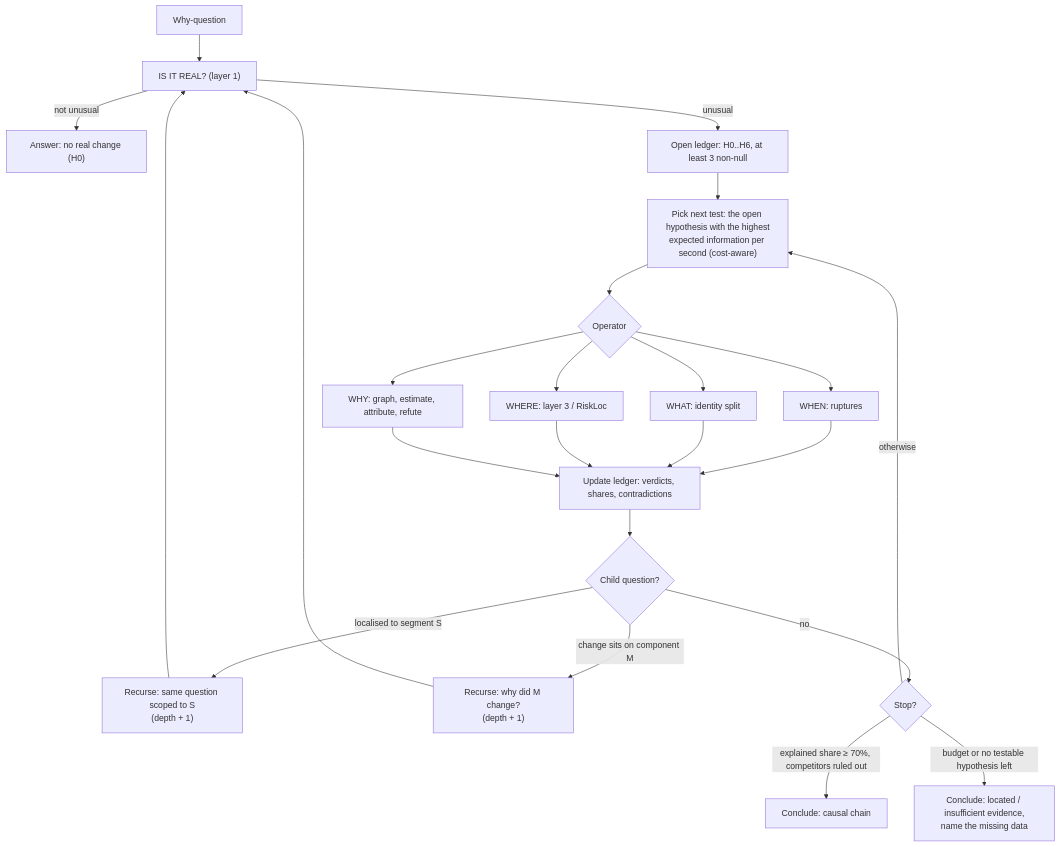
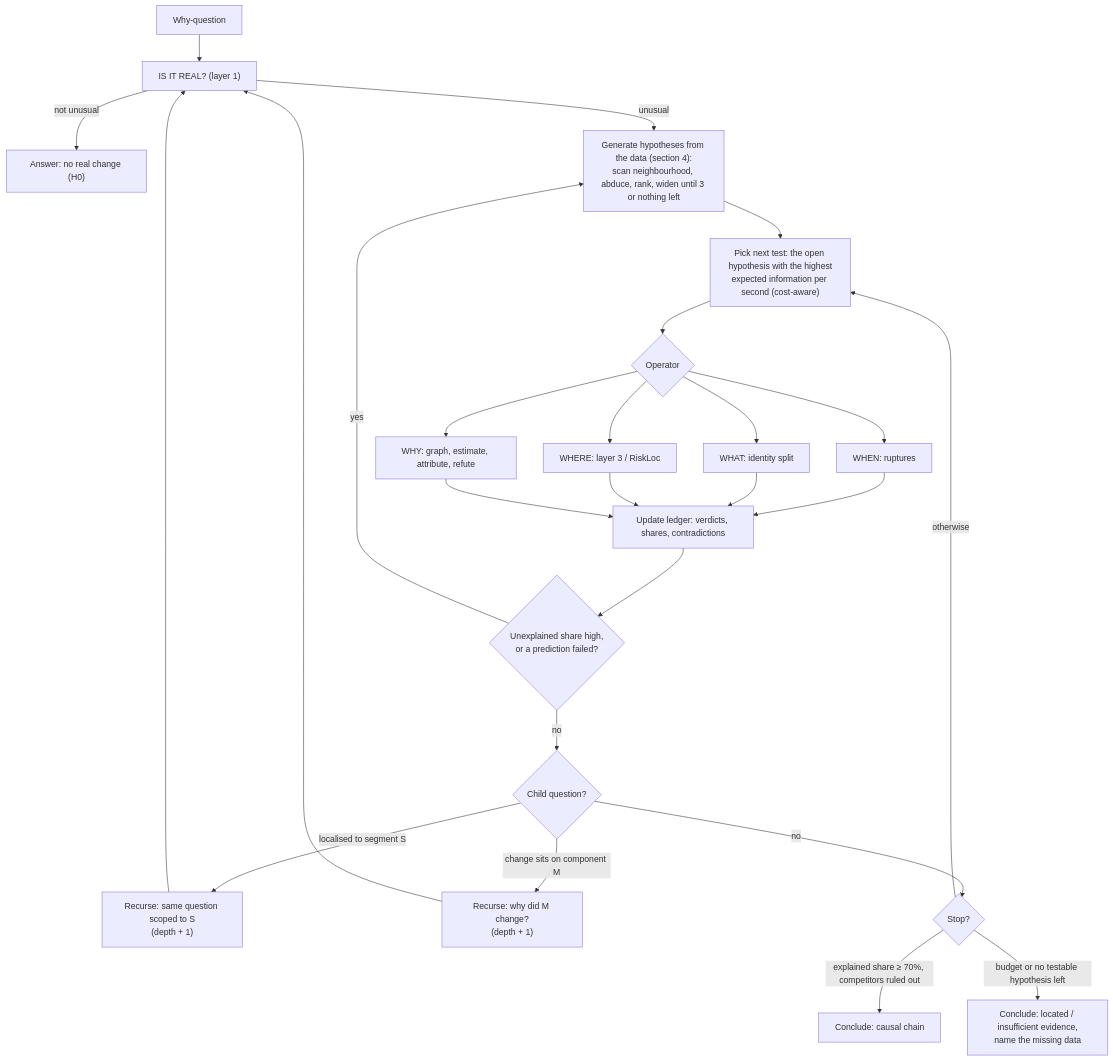
One commit to Tervigon-Collective/Seleric_Agent changed the second of 2 diagrams in docs/DoWhy/RECURSIVE_DIAGNOSTIC_ENGINE_RESEARCH.md. Above: the diagram before and after it, drawn with Mermaid. The commit also changed other lines of this file, not shown here.

First line of the commit message:
docs: hypotheses are generated from the data (scan, abduce, rank, widen), not written in advance

````diff
--- a/docs/DoWhy/RECURSIVE_DIAGNOSTIC_ENGINE_RESEARCH.md
+++ b/docs/DoWhy/RECURSIVE_DIAGNOSTIC_ENGINE_RESEARCH.md
@@ -267,21 +336,23 @@
 ```mermaid
 flowchart TD
     Q["Why-question"] --> R["IS IT REAL? (layer 1)"]
     R -- "not unusual" --> STOP0["Answer: no real change (H0)"]
-    R -- "unusual" --> L["Open ledger: H0..H6, at least 3 non-null"]
-    L --> P["Pick next test: the open hypothesis with the highest<br/>expected information per second (cost-aware)"]
+    R -- "unusual" --> G["Generate hypotheses from the data (section 4):<br/>scan neighbourhood, abduce, rank, widen until 3 or nothing left"]
+    G --> P["Pick next test: the open hypothesis with the highest<br/>expected information per second (cost-aware)"]
     P --> OP{"Operator"}
     OP --> W1["WHEN: ruptures"]
     OP --> W2["WHAT: identity split"]
     OP --> W3["WHERE: layer 3 / RiskLoc"]
     OP --> W4["WHY: graph, estimate, attribute, refute"]
     W1 & W2 & W3 & W4 --> U["Update ledger: verdicts, shares, contradictions"]
-    U --> C{"Child question?"}
+    U --> NH{"Unexplained share high,<br/>or a prediction failed?"}
+    NH -- "yes" --> G
+    NH -- "no" --> C{"Child question?"}
     C -- "localised to segment S" --> SUB["Recurse: same question scoped to S<br/>(depth + 1)"]
     C -- "change sits on component M" --> SUB2["Recurse: why did M change?<br/>(depth + 1)"]
     C -- "no" --> S{"Stop?"}
     SUB & SUB2 --> R
     S -- "explained share ≥ 70%, competitors ruled out" --> A["Conclude: causal chain"]
     S -- "budget or no testable hypothesis left" --> B["Conclude: located / insufficient evidence,<br/>name the missing data"]
     S -- "otherwise" --> P
 ```
````
